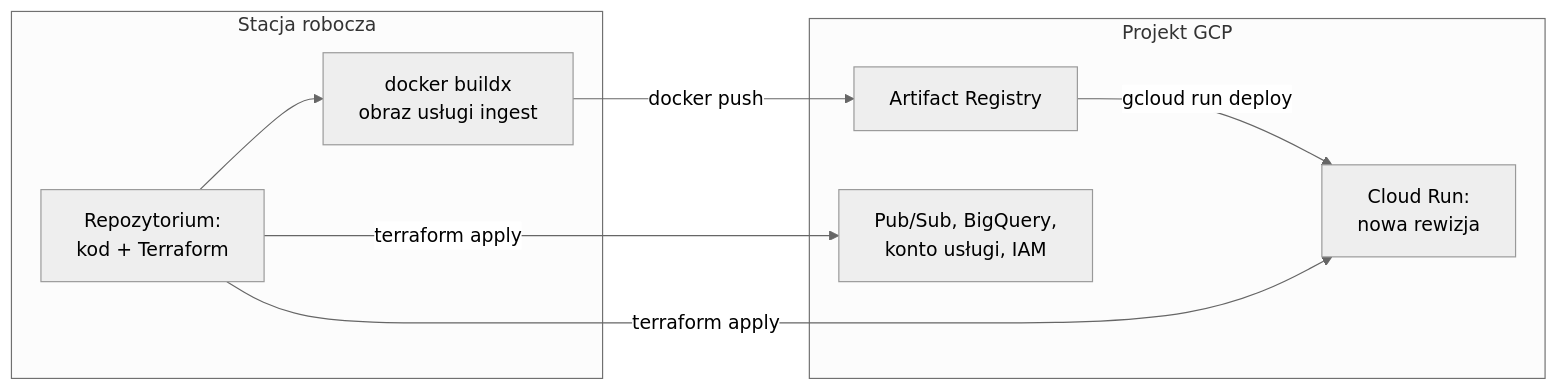
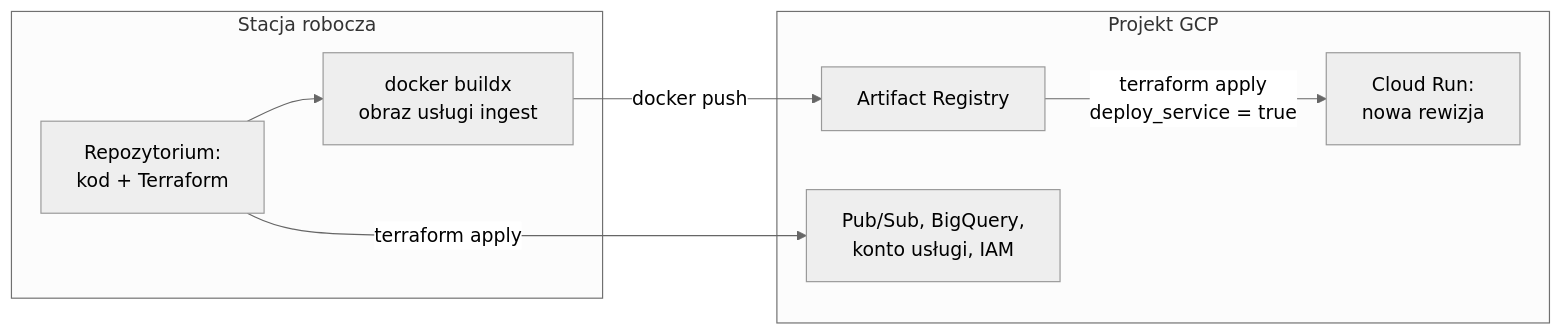
Before and after one commit to pmackowka/shift-left-data-quality-pydantic: the third of 3 diagrams in README.md, drawn with Mermaid (neutral theme). The commit also changed other lines of this file and 1 other file, not shown here.

First line of the commit message:
docs: mark stage 6 done and document schemas, sink and Terraform (#23)

````diff
--- a/README.md
+++ b/README.md
@@ -335,17 +361,16 @@
 ```mermaid
 flowchart LR
     subgraph LOCAL[Stacja robocza]
         SRC[Repozytorium:<br/>kod + Terraform]
         BUILD[docker buildx<br/>obraz usługi ingest]
     end
     subgraph GCP[Projekt GCP]
         AR[Artifact Registry]
         CR[Cloud Run:<br/>nowa rewizja]
         REST[Pub/Sub, BigQuery,<br/>konto usługi, IAM]
     end
     SRC --> BUILD
     BUILD -->|docker push| AR
-    AR -->|gcloud run deploy| CR
+    AR -->|terraform apply<br/>deploy_service = true| CR
     SRC -->|terraform apply| REST
-    SRC -->|terraform apply| CR
 ```
````
